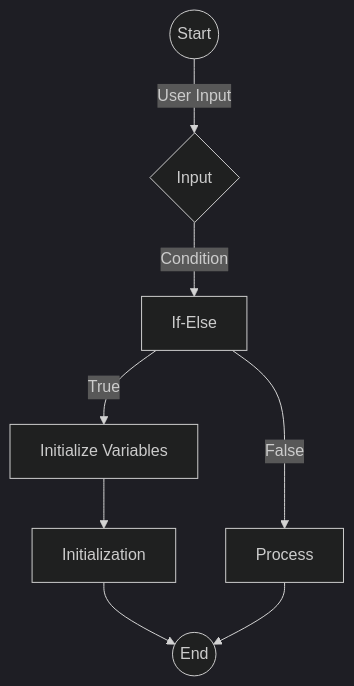
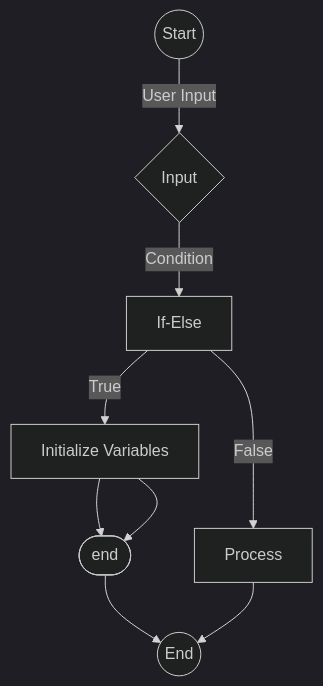
The second of 2 diagrams in FoP I/flowchart.md (Ludis-ET/Bank-Account), drawn with Mermaid (dark theme) before and after one commit. The commit also changed other lines of this file, not shown here.

Commit message:
clear display

````diff
--- a/FoP I/flowchart.md
+++ b/FoP I/flowchart.md
@@ -46,11 +45,12 @@
 ```mermaid
     flowchart TD;
   A((Start)) -->|User Input| B{Input}
   B -->|Condition| C[If-Else]
   C -->|True| D[Initialize Variables]
   D --> E[Initialization]
   C -->|False| F[Process]
   E --> G((End))
   F --> G((End))
+  D-->E([end]);
 
 ```
````
